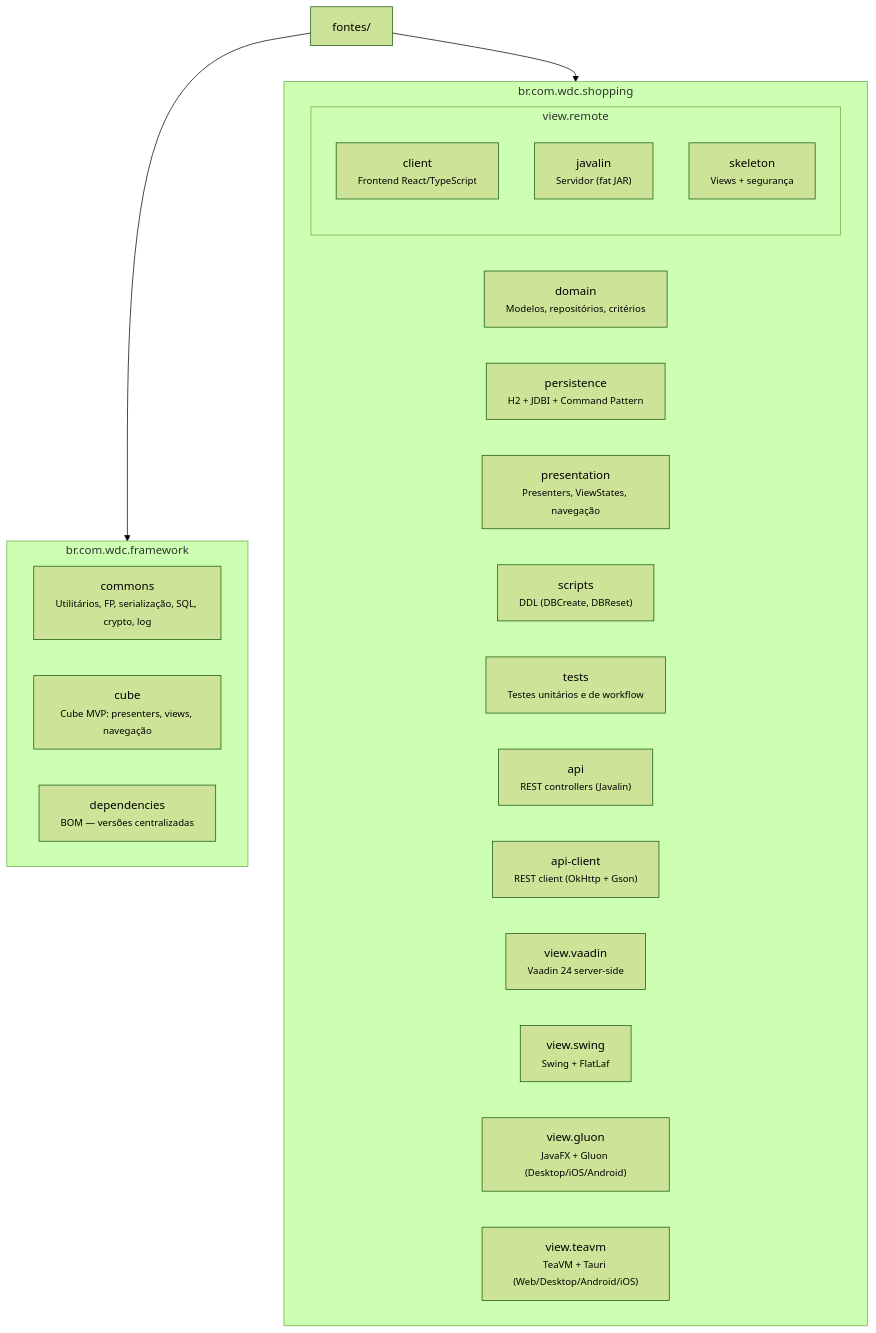
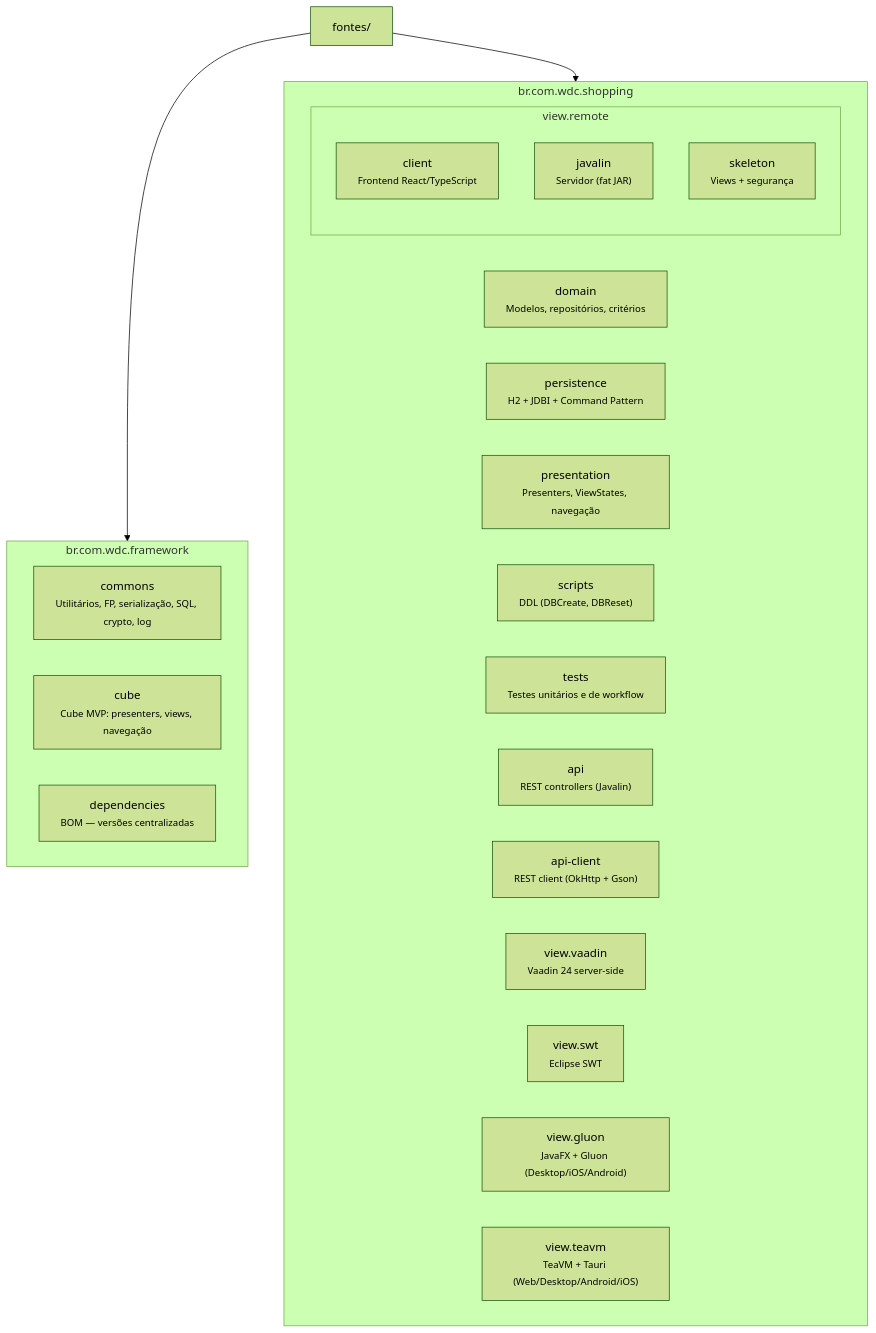
The second of 3 diagrams in README.md (mrcdom/wdc-cube-java-v2), drawn with Mermaid (forest theme) before and after one commit. The commit also changed other lines of this file and 7 other files, not shown here.

Commit message:
♻️ [REFACTOR] substitui referências a Swing por SWT (desktop nativo) e remove módulo swing do reactor

````diff
--- a/README.md
+++ b/README.md
@@ -55,34 +55,34 @@
 ```mermaid
 graph TD
     fontes["fontes/"]
 
     subgraph Framework["br.com.wdc.framework"]
         commons["commons<br/><small>Utilitários, FP, serialização, SQL, crypto, log</small>"]
         cube["cube<br/><small>Cube MVP: presenters, views, navegação</small>"]
         deps["dependencies<br/><small>BOM — versões centralizadas</small>"]
     end
 
     subgraph Shopping["br.com.wdc.shopping"]
         domain["domain<br/><small>Modelos, repositórios, critérios</small>"]
         persistence["persistence<br/><small>H2 + JDBI + Command Pattern</small>"]
         presentation["presentation<br/><small>Presenters, ViewStates, navegação</small>"]
         scripts["scripts<br/><small>DDL (DBCreate, DBReset)</small>"]
         tests["tests<br/><small>Testes unitários e de workflow</small>"]
         api["api<br/><small>REST controllers (Javalin)</small>"]
         apiClient["api-client<br/><small>REST client (OkHttp + Gson)</small>"]
 
         subgraph ViewReact["view.remote"]
             reactClient["client<br/><small>Frontend React/TypeScript</small>"]
             reactJavalin["javalin<br/><small>Servidor (fat JAR)</small>"]
             reactSkeleton["skeleton<br/><small>Views + segurança</small>"]
         end
 
         viewVaadin["view.vaadin<br/><small>Vaadin 24 server-side</small>"]
-        viewSwing["view.swing<br/><small>Swing + FlatLaf</small>"]
+        viewSwt["view.swt<br/><small>Eclipse SWT</small>"]
         viewGluon["view.gluon<br/><small>JavaFX + Gluon (Desktop/iOS/Android)</small>"]
         viewTeavm["view.teavm<br/><small>TeaVM + Tauri (Web/Desktop/Android/iOS)</small>"]
     end
 
     fontes --> Framework
     fontes --> Shopping
 ```
````
